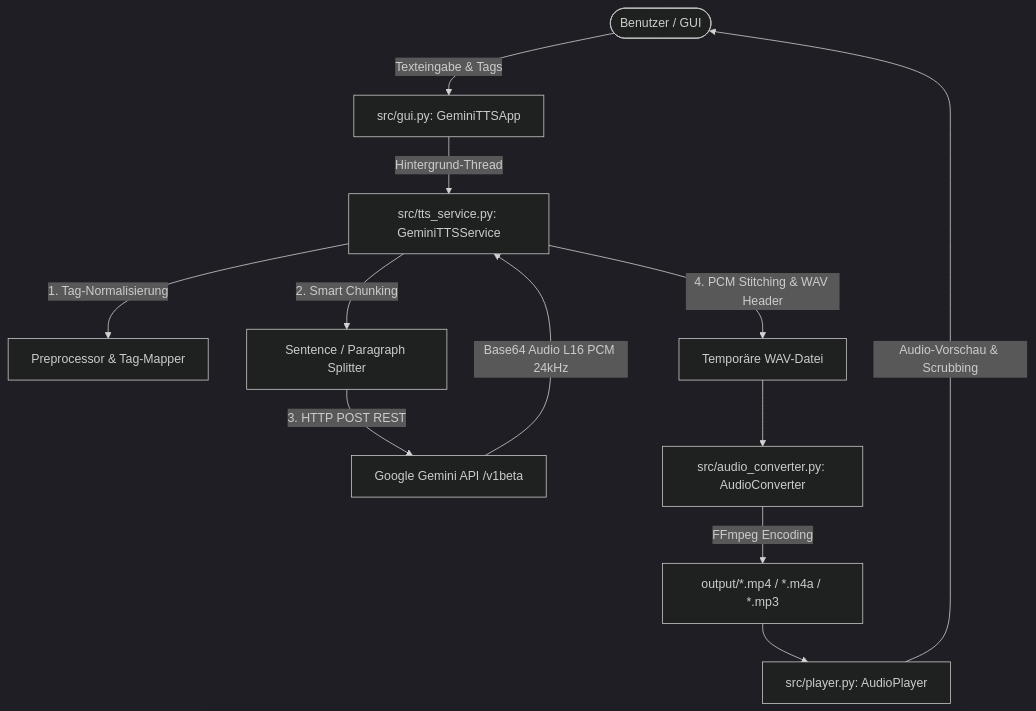
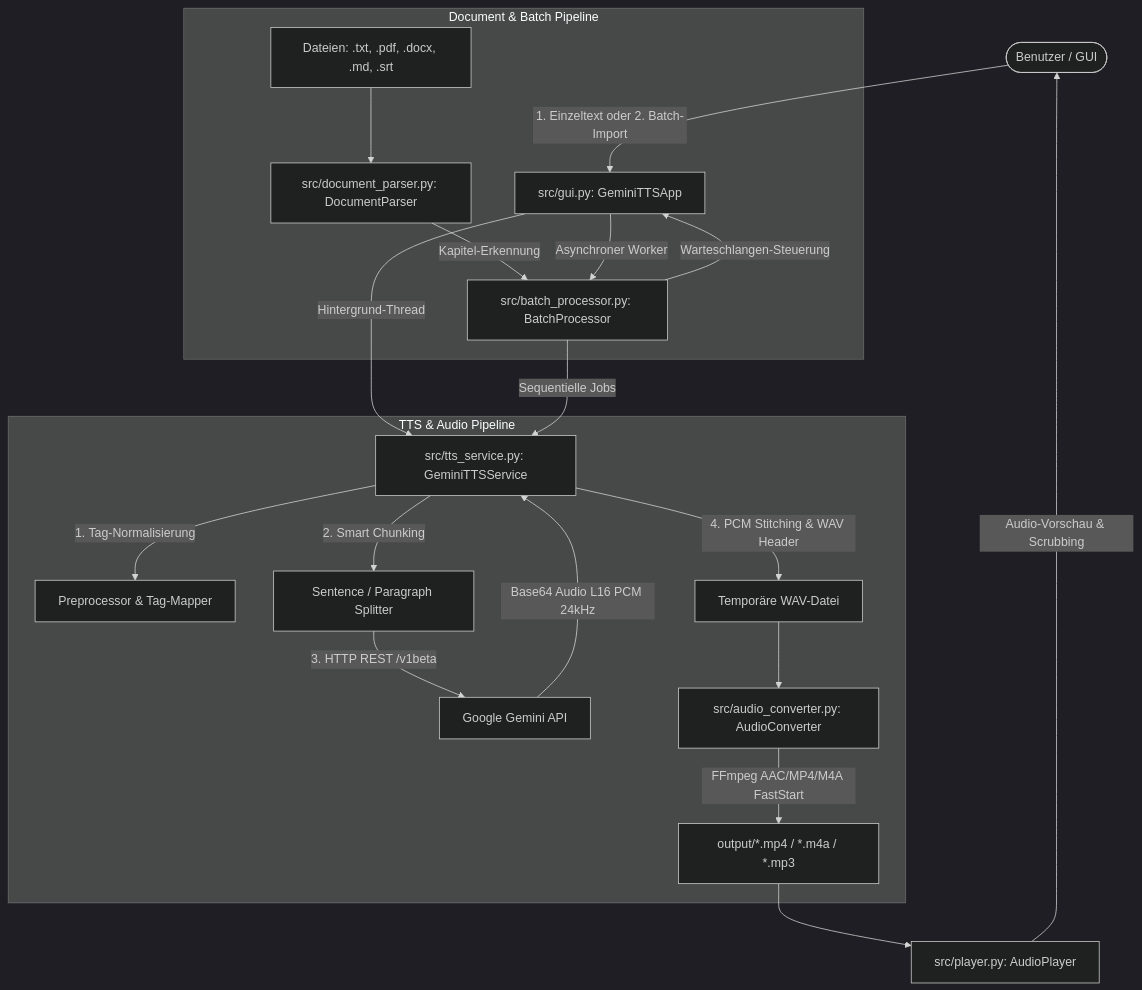
Before and after one commit to MaKammi/TTS-Interface: the diagram in docs/ARCHITECTURE.md, drawn with Mermaid (dark theme). The commit also changed other lines of this file and 7 other files, not shown here.

Commit message:
Implement Batch & Document Import (.txt, .pdf, .docx, .md, .srt) with chapter splitting and queue processing

````diff
--- a/docs/ARCHITECTURE.md
+++ b/docs/ARCHITECTURE.md
@@ -9,14 +9,27 @@
 ```mermaid
 graph TD
-    User([Benutzer / GUI]) -->|Texteingabe & Tags| GUI[src/gui.py: GeminiTTSApp]
+    User([Benutzer / GUI]) -->|1. Einzeltext oder 2. Batch-Import| GUI[src/gui.py: GeminiTTSApp]
+    
+    subgraph Document & Batch Pipeline
+        DocFiles[Dateien: .txt, .pdf, .docx, .md, .srt] --> Parser[src/document_parser.py: DocumentParser]
+        Parser -->|Kapitel-Erkennung| BatchQueue[src/batch_processor.py: BatchProcessor]
+        BatchQueue -->|Warteschlangen-Steuerung| GUI
+    end
+
+    GUI -->|Asynchroner Worker| BatchQueue
     GUI -->|Hintergrund-Thread| Service[src/tts_service.py: GeminiTTSService]
-    Service -->|1. Tag-Normalisierung| Preprocessor[Preprocessor & Tag-Mapper]
-    Service -->|2. Smart Chunking| ChunkEngine[Sentence / Paragraph Splitter]
-    ChunkEngine -->|3. HTTP POST REST| GeminiAPI[Google Gemini API /v1beta]
-    GeminiAPI -->|Base64 Audio L16 PCM 24kHz| Service
-    Service -->|4. PCM Stitching & WAV Header| MasterWAV[Temporäre WAV-Datei]
-    MasterWAV --> Converter[src/audio_converter.py: AudioConverter]
-    Converter -->|FFmpeg Encoding| OutputAudio[output/*.mp4 / *.m4a / *.mp3]
+    BatchQueue -->|Sequentielle Jobs| Service
+    
+    subgraph TTS & Audio Pipeline
+        Service -->|1. Tag-Normalisierung| Preprocessor[Preprocessor & Tag-Mapper]
+        Service -->|2. Smart Chunking| ChunkEngine[Sentence / Paragraph Splitter]
+        ChunkEngine -->|3. HTTP REST /v1beta| GeminiAPI[Google Gemini API]
+        GeminiAPI -->|Base64 Audio L16 PCM 24kHz| Service
+        Service -->|4. PCM Stitching & WAV Header| MasterWAV[Temporäre WAV-Datei]
+        MasterWAV --> Converter[src/audio_converter.py: AudioConverter]
+        Converter -->|FFmpeg AAC/MP4/M4A FastStart| OutputAudio[output/*.mp4 / *.m4a / *.mp3]
+    end
+
     OutputAudio --> Player[src/player.py: AudioPlayer]
     Player -->|Audio-Vorschau & Scrubbing| User
 ```
````
